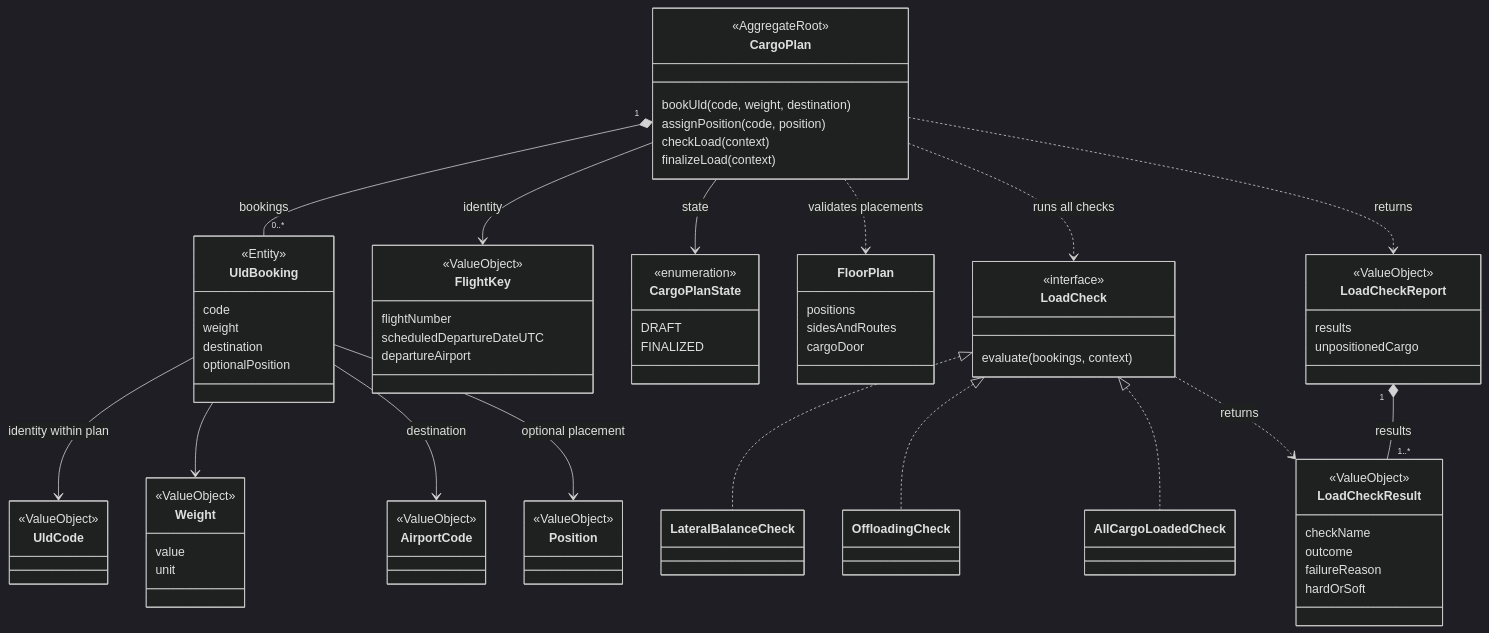
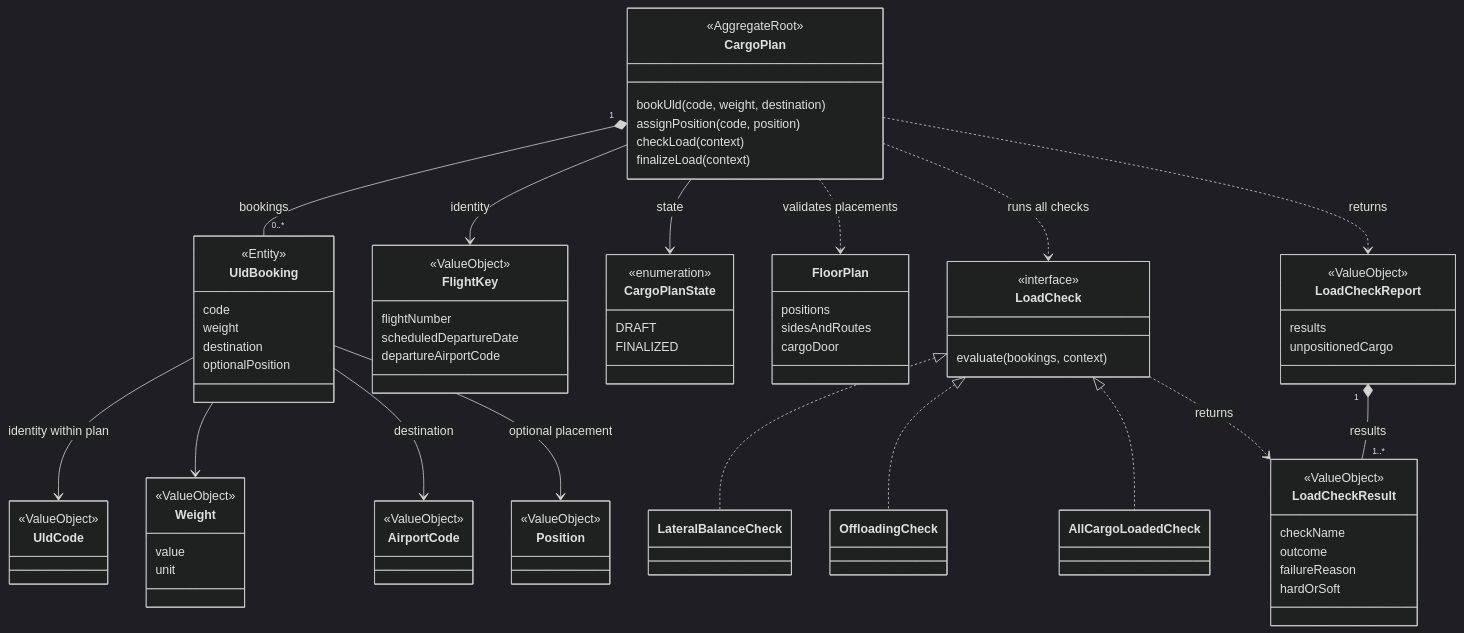
The fourth of 9 diagrams in architecture/analyse.md (ebhd/air-freight-operations), drawn with Mermaid (dark theme) before and after one commit. The commit also changed other lines of this file, not shown here.

````diff
--- a/architecture/analyse.md
+++ b/architecture/analyse.md
@@ -161,81 +160,81 @@
 ```mermaid
 classDiagram
     class CargoPlan {
         <<AggregateRoot>>
         bookUld(code, weight, destination)
         assignPosition(code, position)
         checkLoad(context)
         finalizeLoad(context)
     }
     class UldBooking {
         <<Entity>>
         code
         weight
         destination
         optionalPosition
     }
     class FlightKey {
         <<ValueObject>>
         flightNumber
-        scheduledDepartureDateUTC
-        departureAirport
+        scheduledDepartureDate
+        departureAirportCode
     }
     class UldCode {
         <<ValueObject>>
     }
     class Weight {
         <<ValueObject>>
         value
         unit
     }
     class AirportCode {
         <<ValueObject>>
     }
     class Position {
         <<ValueObject>>
     }
     class CargoPlanState {
         <<enumeration>>
         DRAFT
         FINALIZED
     }
     class FloorPlan {
         positions
         sidesAndRoutes
         cargoDoor
     }
     class LoadCheck {
         <<interface>>
         evaluate(bookings, context)
     }
     class LateralBalanceCheck
     class OffloadingCheck
     class AllCargoLoadedCheck
     class LoadCheckResult {
         <<ValueObject>>
         checkName
         outcome
         failureReason
         hardOrSoft
     }
     class LoadCheckReport {
         <<ValueObject>>
         results
         unpositionedCargo
     }
     CargoPlan --> FlightKey : identity
     CargoPlan --> CargoPlanState : state
     CargoPlan "1" *-- "0..*" UldBooking : bookings
     UldBooking --> UldCode : identity within plan
     UldBooking --> Weight
     UldBooking --> AirportCode : destination
     UldBooking --> Position : optional placement
     CargoPlan ..> FloorPlan : validates placements
     CargoPlan ..> LoadCheck : runs all checks
     LoadCheck <|.. LateralBalanceCheck
     LoadCheck <|.. OffloadingCheck
     LoadCheck <|.. AllCargoLoadedCheck
     CargoPlan ..> LoadCheckReport : returns
     LoadCheck ..> LoadCheckResult : returns
     LoadCheckReport "1" *-- "1..*" LoadCheckResult : results
 ```
````
